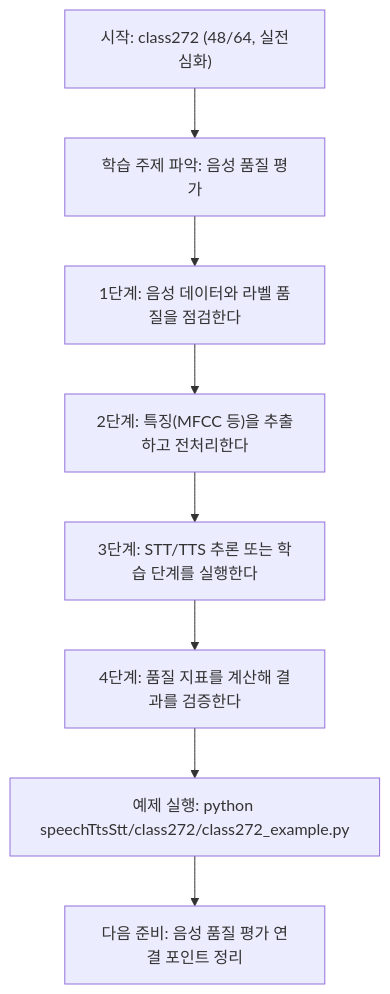
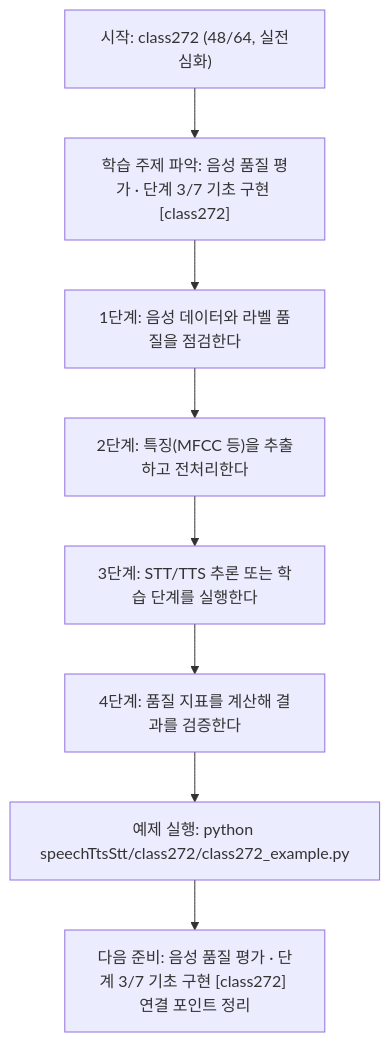
Before and after one commit to edumgt/Python-AI_Agent-Class: the diagram in speechTtsStt/class272/class272.md, drawn with Mermaid. The commit also changed other lines of this file and 522 other files, not shown here.

````diff
--- a/speechTtsStt/class272/class272.md
+++ b/speechTtsStt/class272/class272.md
@@ -113,18 +114,18 @@
 ```mermaid
 flowchart TD
 N1["시작: class272 (48/64, 실전심화)"]
-N2["학습 주제 파악: 음성 품질 평가"]
+N2["학습 주제 파악: 음성 품질 평가 · 단계 3/7 기초 구현 [class272]"]
 N3["1단계: 음성 데이터와 라벨 품질을 점검한다"]
 N4["2단계: 특징(MFCC 등)을 추출하고 전처리한다"]
 N5["3단계: STT/TTS 추론 또는 학습 단계를 실행한다"]
 N6["4단계: 품질 지표를 계산해 결과를 검증한다"]
 N7["예제 실행: python speechTtsStt/class272/class272_example.py"]
-N8["다음 준비: 음성 품질 평가 연결 포인트 정리"]
+N8["다음 준비: 음성 품질 평가 · 단계 3/7 기초 구현 [class272] 연결 포인트 정리"]
 N1 --> N2
 N2 --> N3
 N3 --> N4
 N4 --> N5
 N5 --> N6
 N6 --> N7
 N7 --> N8
 ```
````
